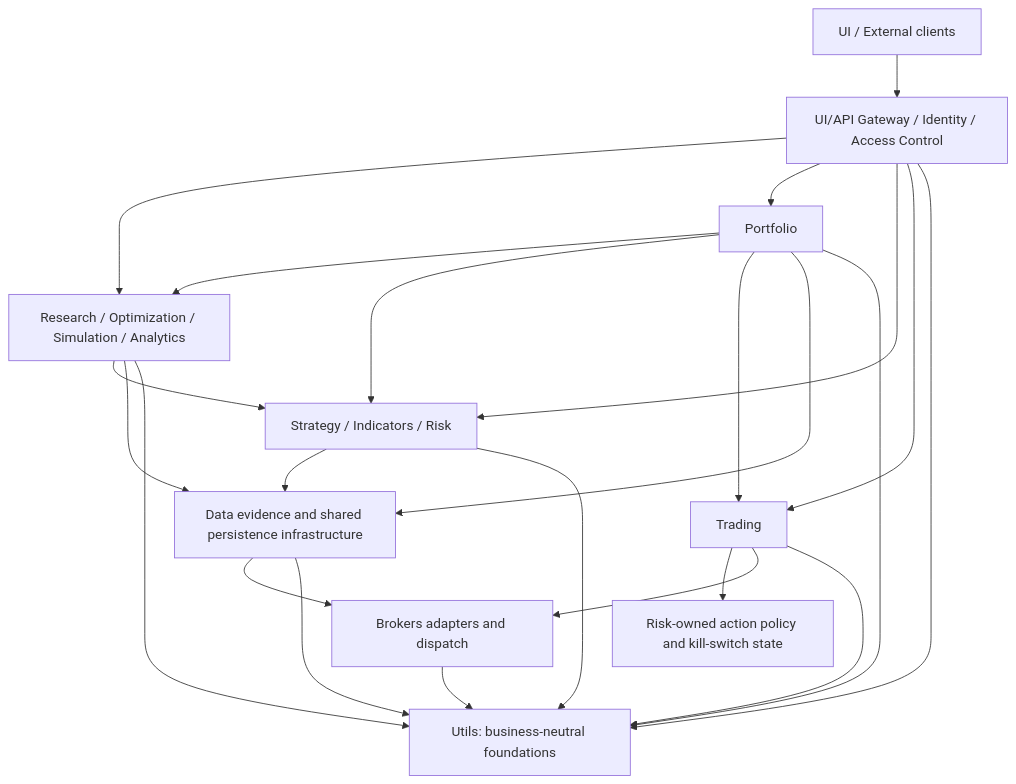
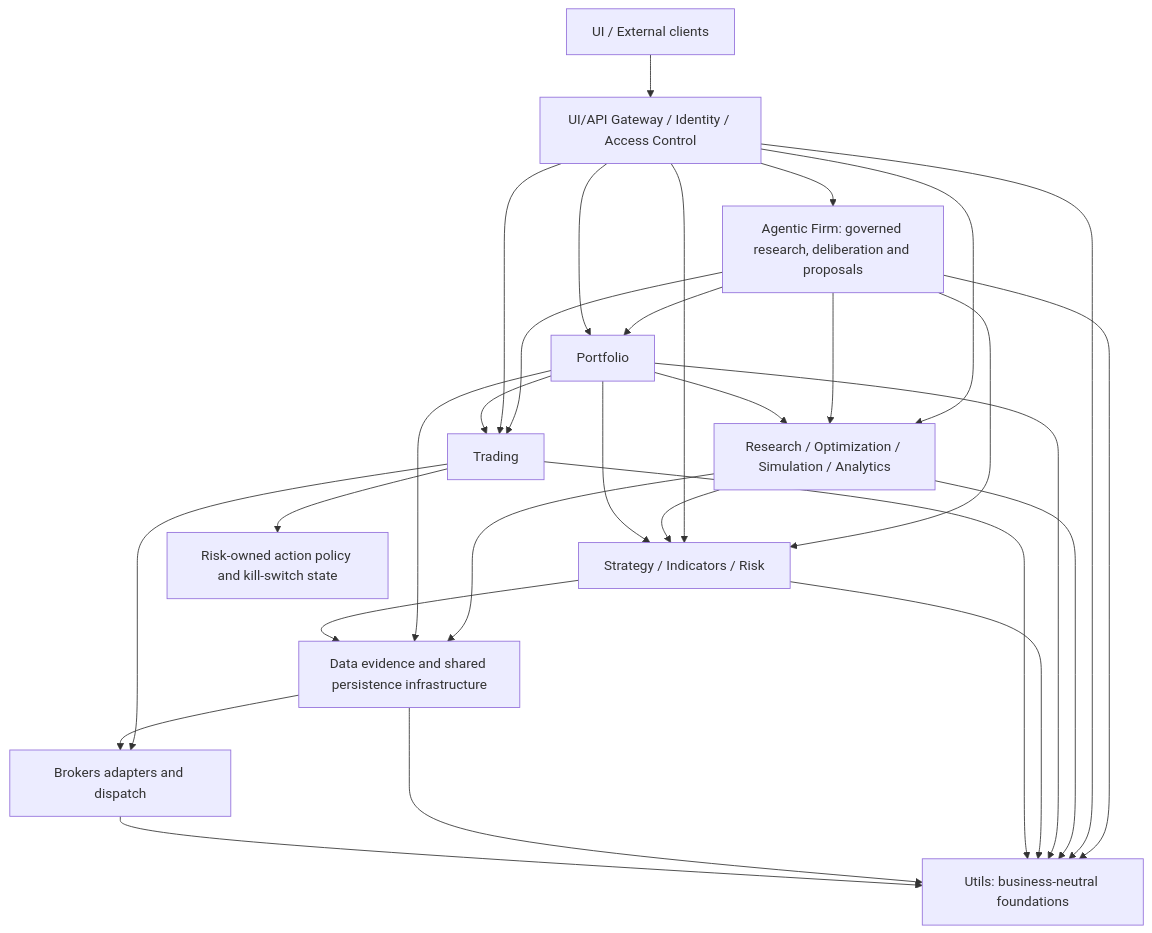
The first of 2 diagrams in docs/ARCHITECTURE.md (haruperi/HaruQuantAI), drawn with Mermaid before and after one commit. The commit also changed other lines of this file and 155 other files, not shown here.

````diff
--- a/docs/ARCHITECTURE.md
+++ b/docs/ARCHITECTURE.md
@@ -115,25 +126,31 @@
 ```mermaid
 flowchart TD
     CLIENT["UI / External clients"] --> API["UI/API Gateway / Identity / Access Control"]
+    API --> AGENTIC["Agentic Firm: governed research, deliberation and proposals"]
     API --> ORCH["Research / Optimization / Simulation / Analytics"]
+    AGENTIC --> ORCH
+    AGENTIC --> DECIDE
+    AGENTIC --> PORT
+    AGENTIC --> TRADING
+    AGENTIC --> UTILS
     API --> PORT["Portfolio"]
     API --> DECIDE["Strategy / Indicators / Risk"]
     API --> TRADING["Trading"]
     ORCH --> DECIDE
     ORCH --> DATA["Data evidence and shared persistence infrastructure"]
     PORT --> ORCH
     PORT --> DECIDE
     PORT --> TRADING
     PORT --> DATA
     DECIDE --> DATA
     TRADING --> RISK["Risk-owned action policy and kill-switch state"]
     TRADING --> BROKERS["Brokers adapters and dispatch"]
     DATA --> BROKERS
     API --> UTILS["Utils: business-neutral foundations"]
     ORCH --> UTILS
     PORT --> UTILS
     DECIDE --> UTILS
     TRADING --> UTILS
     DATA --> UTILS
     BROKERS --> UTILS
 ```
````
